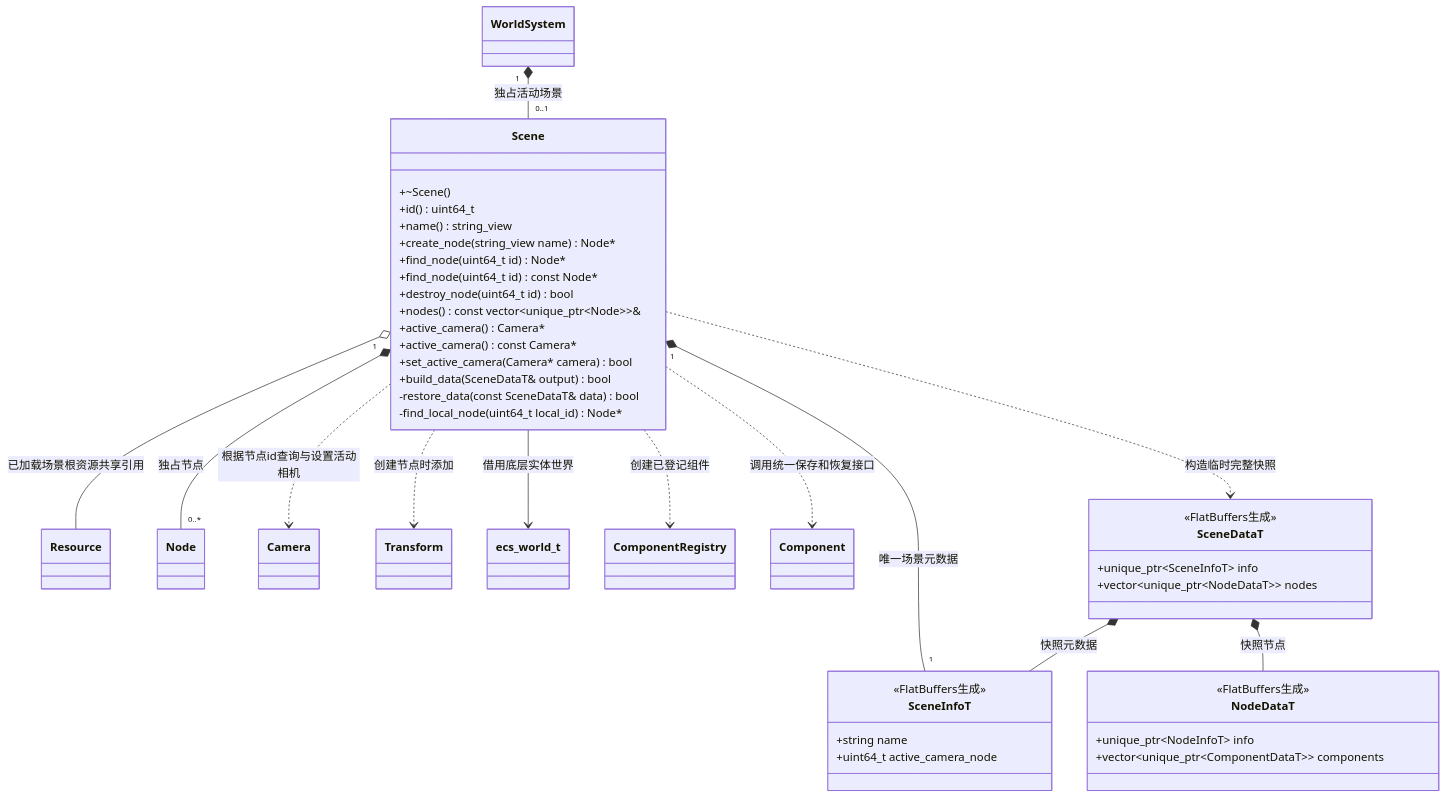
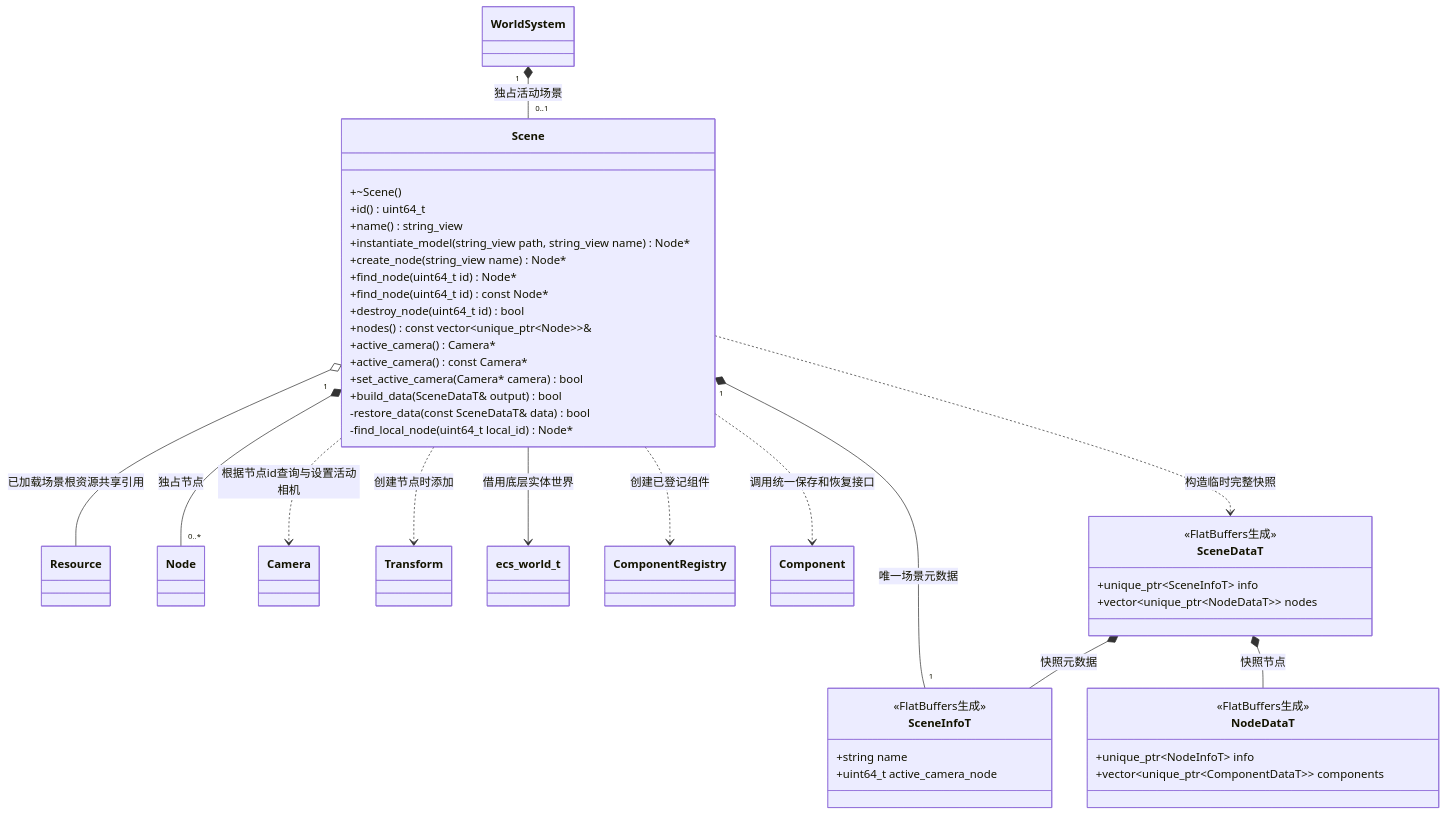
Before and after one commit to lcals/Engine: the diagram in docs/runtime/class-diagrams/scene.md, drawn with Mermaid. The commit also changed other lines of this file and 213 other files, not shown here.

````diff
--- a/docs/runtime/class-diagrams/scene.md
+++ b/docs/runtime/class-diagrams/scene.md
@@ -7,54 +7,55 @@
 ```mermaid
 classDiagram
     class Scene {
         +~Scene()
         +id() uint64_t
         +name() string_view
+        +instantiate_model(string_view path, string_view name) Node#42;
         +create_node(string_view name) Node#42;
         +find_node(uint64_t id) Node#42;
         +find_node(uint64_t id) const Node#42;
         +destroy_node(uint64_t id) bool
         +nodes() const vector~unique_ptr~Node~~&
         +active_camera() Camera#42;
         +active_camera() const Camera#42;
         +set_active_camera(Camera#42; camera) bool
         +build_data(SceneDataT& output) bool
         -restore_data(const SceneDataT& data) bool
         -find_local_node(uint64_t local_id) Node#42;
     }
     class Resource
     class WorldSystem
     class Node
     class Camera
     class Transform
     class ecs_world_t
     class ComponentRegistry
     class Component
     class SceneInfoT {
         <<FlatBuffers生成>>
         +string name
         +uint64_t active_camera_node
     }
     class SceneDataT {
         <<FlatBuffers生成>>
         +unique_ptr~SceneInfoT~ info
         +vector~unique_ptr~NodeDataT~~ nodes
     }
     class NodeDataT {
         <<FlatBuffers生成>>
         +unique_ptr~NodeInfoT~ info
         +vector~unique_ptr~ComponentDataT~~ components
     }
     WorldSystem "1" *-- "0..1" Scene : 独占活动场景
     Scene "1" *-- "0..*" Node : 独占节点
     Scene o-- Resource : 已加载场景根资源共享引用
     Scene "1" *-- "1" SceneInfoT : 唯一场景元数据
     Scene --> ecs_world_t : 借用底层实体世界
     Scene ..> Camera : 根据节点id查询与设置活动相机
     Scene ..> Transform : 创建节点时添加
     Scene ..> SceneDataT : 构造临时完整快照
     Scene ..> ComponentRegistry : 创建已登记组件
     Scene ..> Component : 调用统一保存和恢复接口
     SceneDataT *-- SceneInfoT : 快照元数据
     SceneDataT *-- NodeDataT : 快照节点
 ```
````
